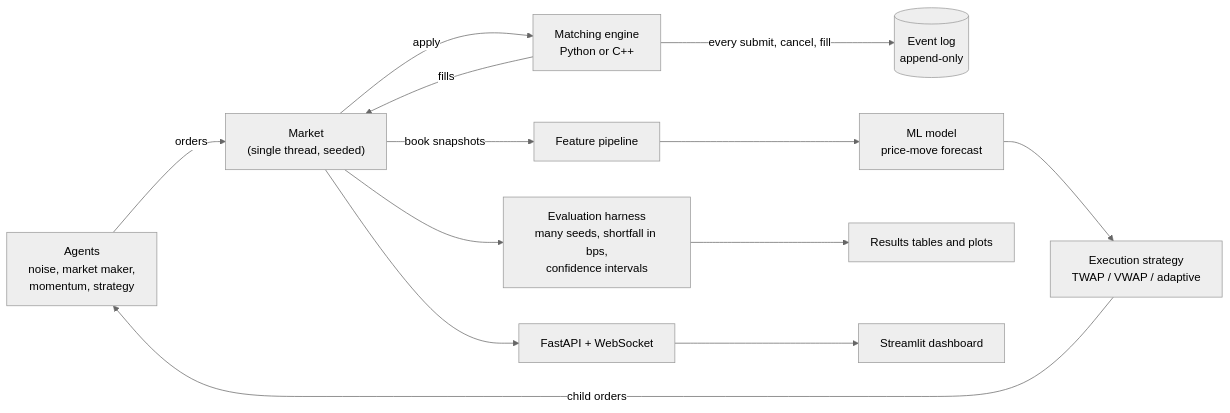
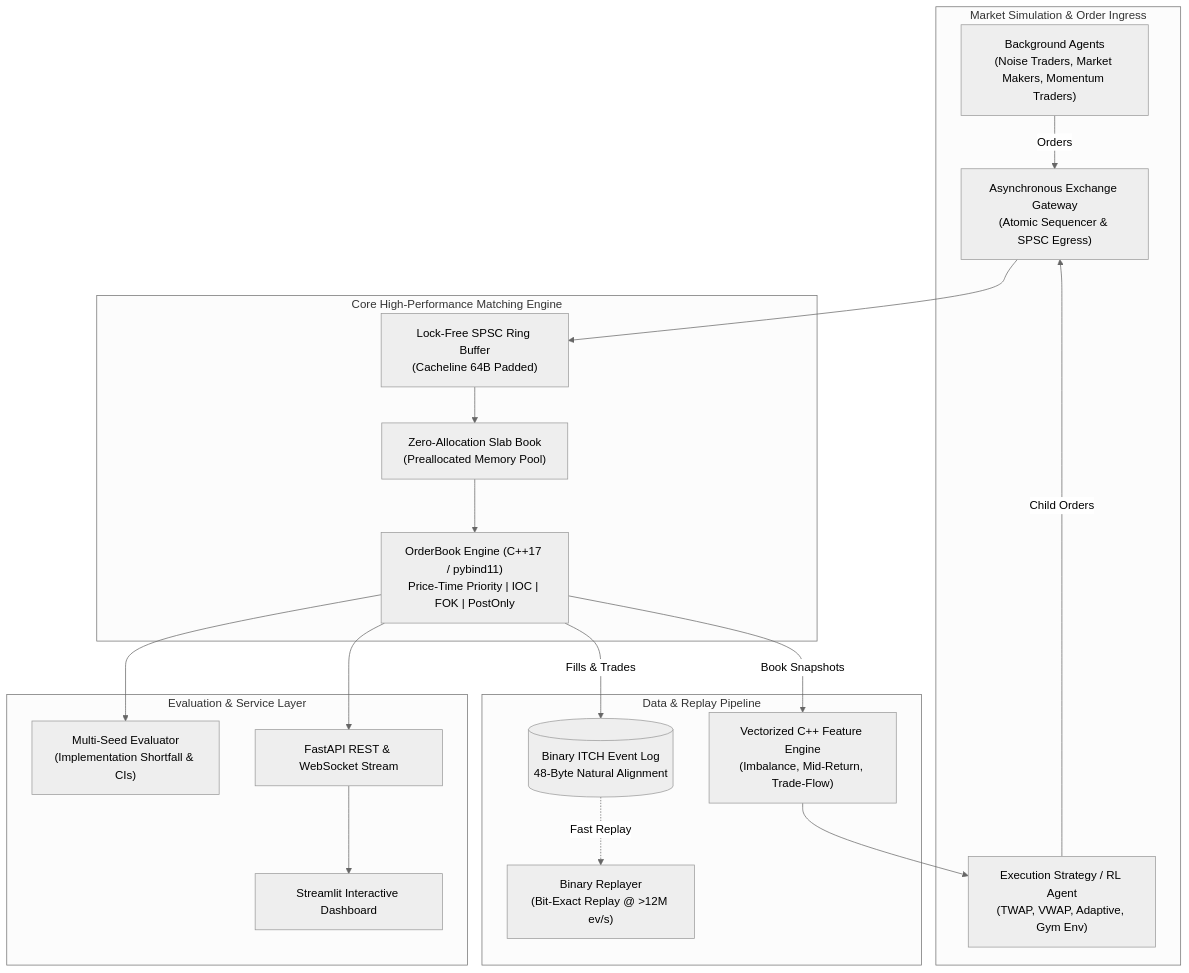
The diagram in README.md (theRiddler9/lobx), drawn with Mermaid (neutral theme) before and after one commit. The commit also changed other lines of this file, not shown here.

Commit message:
docs: rewrite README with architecture, benchmarks, RL env, and execution results

````diff
--- a/README.md
+++ b/README.md
@@ -50,14 +50,36 @@
 ```mermaid
-flowchart LR
-    A["Agents<br/>noise, market maker,<br/>momentum, strategy"] -->|orders| M["Market<br/>(single thread, seeded)"]
-    M -->|apply| E["Matching engine<br/>Python or C++"]
-    E -->|fills| M
-    E -->|every submit, cancel, fill| L[("Event log<br/>append-only")]
-    M -->|book snapshots| F["Feature pipeline"]
-    F --> ML["ML model<br/>price-move forecast"]
-    ML --> S["Execution strategy<br/>TWAP / VWAP / adaptive"]
-    S -->|child orders| A
-    M --> V["Evaluation harness<br/>many seeds, shortfall in bps,<br/>confidence intervals"]
-    V --> R["Results tables and plots"]
-    M --> API["FastAPI + WebSocket"] --> D["Streamlit dashboard"]
+flowchart TD
+    subgraph Market Simulation & Order Ingress
+        A["Background Agents<br/>(Noise Traders, Market Makers, Momentum Traders)"]
+        S["Execution Strategy / RL Agent<br/>(TWAP, VWAP, Adaptive, Gym Env)"]
+        GW["Asynchronous Exchange Gateway<br/>(Atomic Sequencer & SPSC Egress)"]
+    end
+
+    subgraph Core High-Performance Matching Engine
+        SPSC["Lock-Free SPSC Ring Buffer<br/>(Cacheline 64B Padded)"]
+        SLAB["Zero-Allocation Slab Book<br/>(Preallocated Memory Pool)"]
+        ENG["OrderBook Engine (C++17 / pybind11)<br/>Price-Time Priority | IOC | FOK | PostOnly"]
+    end
+
+    subgraph Data & Replay Pipeline
+        LOG[("Binary ITCH Event Log<br/>48-Byte Natural Alignment")]
+        REPLAY["Binary Replayer<br/>(Bit-Exact Replay @ >12M ev/s)"]
+        FEAT["Vectorized C++ Feature Engine<br/>(Imbalance, Mid-Return, Trade-Flow)"]
+    end
+
+    subgraph Evaluation & Service Layer
+        EVAL["Multi-Seed Evaluator<br/>(Implementation Shortfall & CIs)"]
+        API["FastAPI REST & WebSocket Stream"]
+        DASH["Streamlit Interactive Dashboard"]
+    end
+
+    A -->|Orders| GW
+    S -->|Child Orders| GW
+    GW --> SPSC --> SLAB --> ENG
+    ENG -->|Fills & Trades| LOG
+    LOG -.->|Fast Replay| REPLAY
+    ENG -->|Book Snapshots| FEAT
+    FEAT --> S
+    ENG --> EVAL
+    ENG --> API --> DASH
 ```
````
